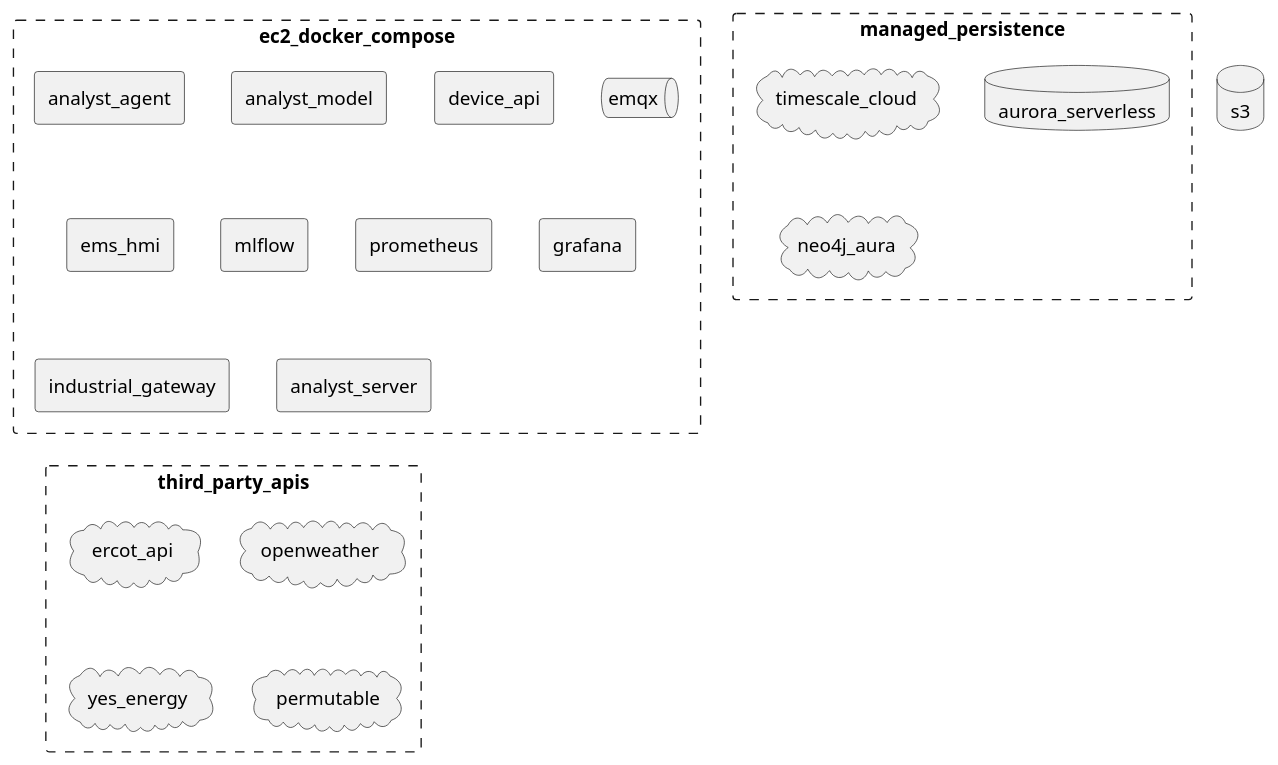
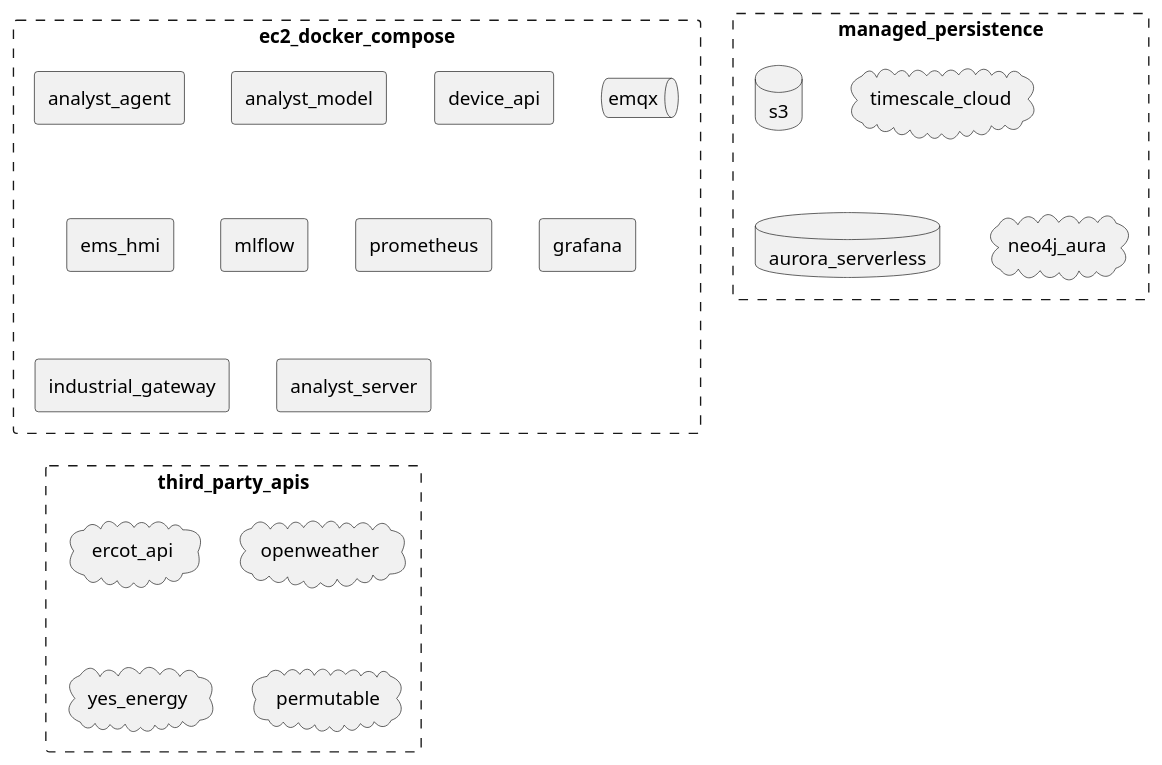
The third of 5 diagrams in readme.md (arcnode-io/ems), drawn with PlantUML before and after one commit.

Commit message:
🎨 docs: move s3 into managed_persistence rectangle
S3 was floating outside the persistence group despite being part of it.

````diff
--- a/readme.md
+++ b/readme.md
@@ -118,30 +118,29 @@
 ```plantuml
 rectangle ec2_docker_compose #line.dashed {
     rectangle analyst_agent
     rectangle analyst_model
     rectangle device_api
     queue emqx
     rectangle ems_hmi
     rectangle mlflow
     rectangle prometheus
     rectangle grafana
     rectangle industrial_gateway
     rectangle analyst_server
 }
 
-database s3
-
 rectangle managed_persistence #line.dashed {
+    database s3
     cloud timescale_cloud
     database aurora_serverless
     cloud neo4j_aura
 }
 
 rectangle third_party_apis #line.dashed {
     cloud ercot_api
     cloud openweather
     cloud yes_energy
     cloud permutable
 }
 
 ```
````
